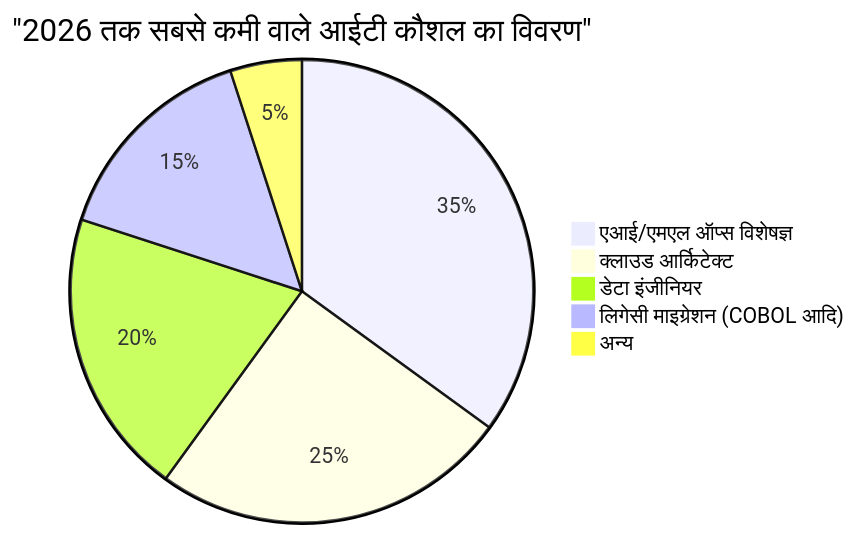
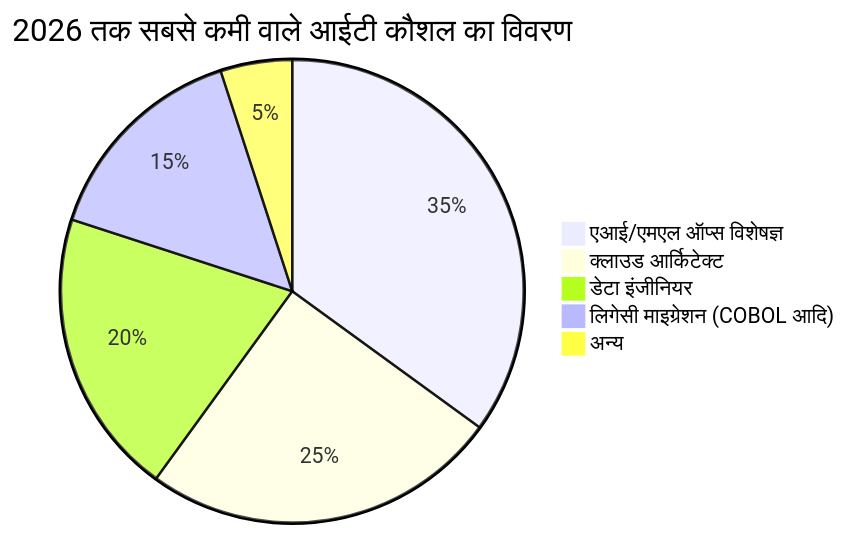
The second of 4 diagrams in content/post/it_talent_shortage_2026/index.hi.md (kenjinote/blog), drawn with Mermaid before and after one commit. The commit also changed other lines of this file and 703 other files, not shown here.

Commit message:
Fix: Remove quotes from Mermaid link texts and timeline definitions to support Mermaid 11.4.1

````diff
--- a/content/post/it_talent_shortage_2026/index.hi.md
+++ b/content/post/it_talent_shortage_2026/index.hi.md
@@ -77,8 +77,8 @@
 ```mermaid
-pie title "2026 तक सबसे कमी वाले आईटी कौशल का विवरण"
+pie title 2026 तक सबसे कमी वाले आईटी कौशल का विवरण
     "एआई/एमएल ऑप्स विशेषज्ञ" : 35
     "क्लाउड आर्किटेक्ट" : 25
     "डेटा इंजीनियर" : 20
     "लिगेसी माइग्रेशन (COBOL आदि)" : 15
     "अन्य" : 5
 ```
````
